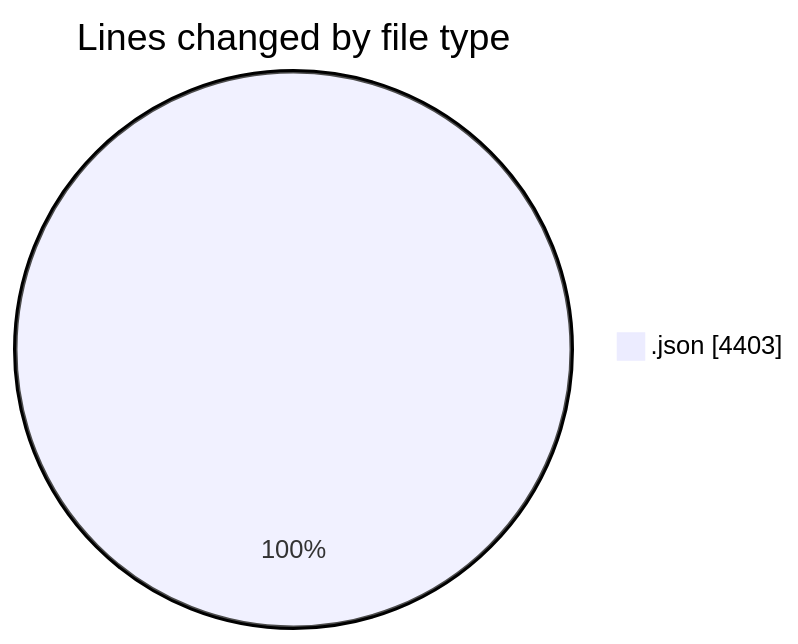
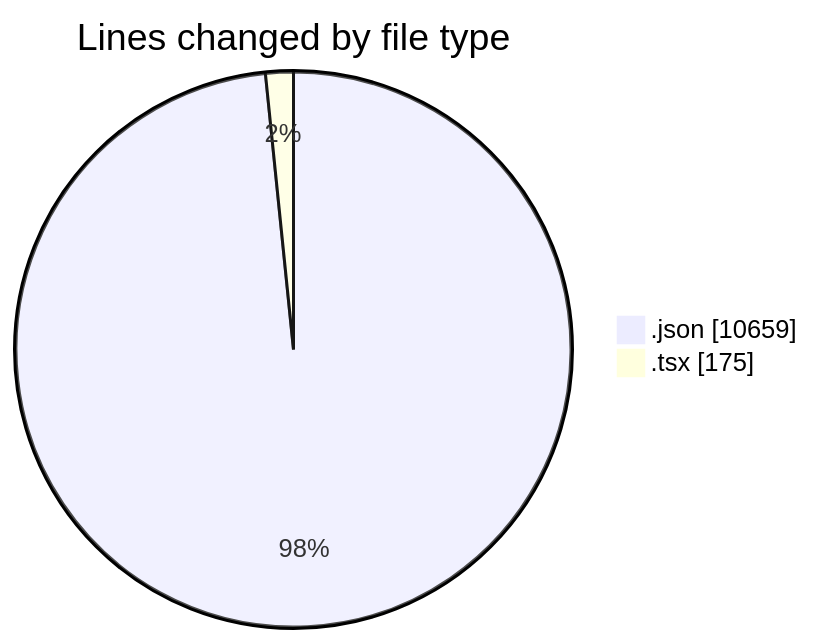
Before and after one commit to CELIANVF/code-tracking: the first of 2 diagrams in 2025-05-26/ecodeli-1/README.md, drawn with Mermaid. The commit also changed other lines of this file and 1 other file, not shown here.

````diff
--- a/2025-05-26/ecodeli-1/README.md
+++ b/2025-05-26/ecodeli-1/README.md
@@ -20,5 +22,6 @@
 ```mermaid
 pie showData
 title Lines changed by file type
-".json" : 4403
+".json" : 10659
+".tsx" : 175
 ```
````
